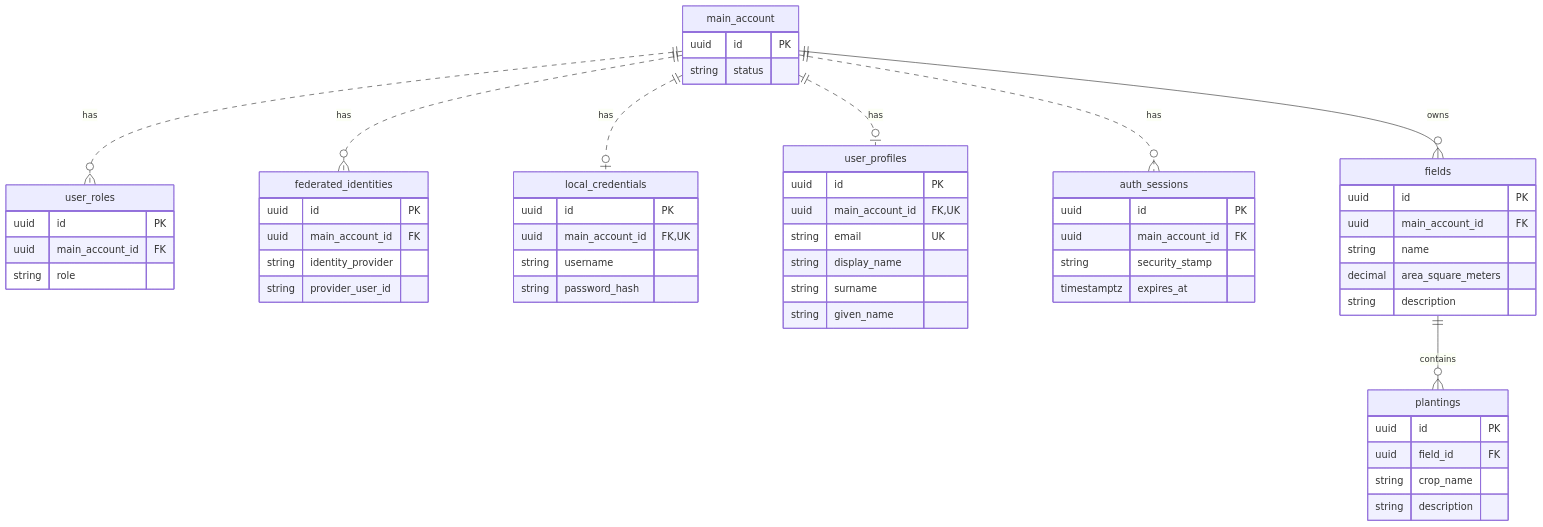
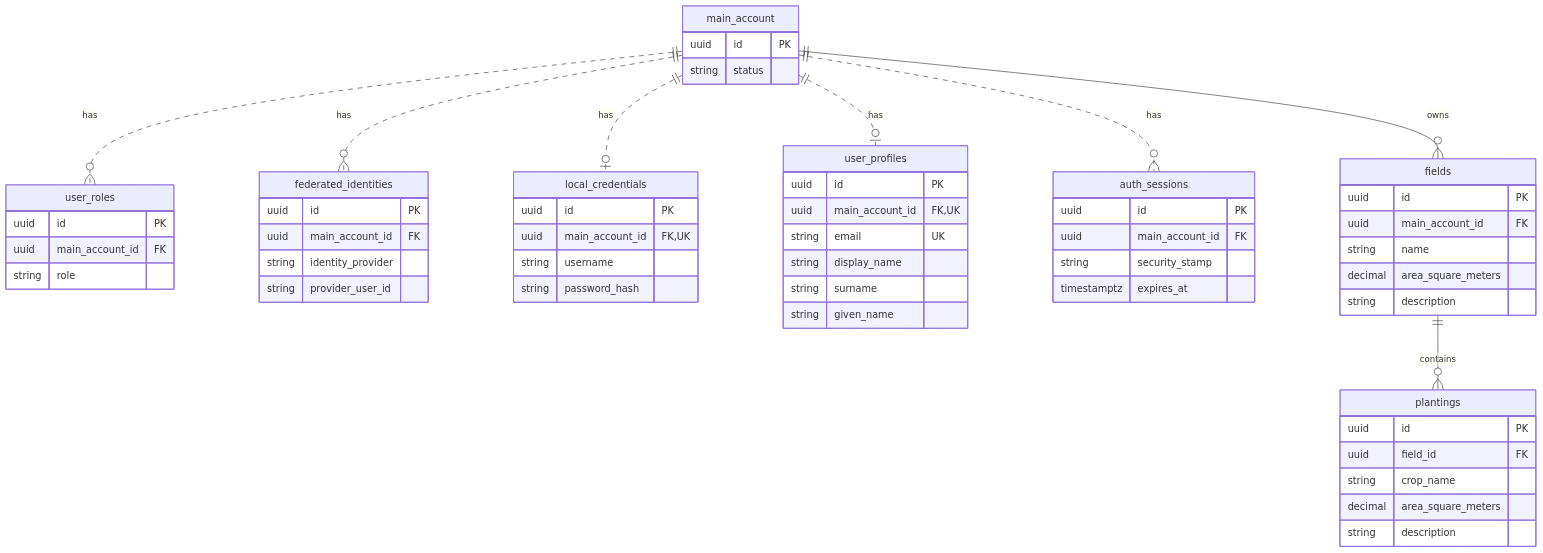
Before and after one commit to HanChiYang/crop-pilot: the diagram in docs/design/first-desktop-slice-database.md, drawn with Mermaid. The commit also changed other lines of this file and 40 other files, not shown here.

````diff
--- a/docs/design/first-desktop-slice-database.md
+++ b/docs/design/first-desktop-slice-database.md
@@ -134,58 +137,59 @@
 ```mermaid
 erDiagram
     main_account ||..o{ user_roles : has
     main_account ||..o{ federated_identities : has
     main_account ||..o| local_credentials : has
     main_account ||..o| user_profiles : has
     main_account ||..o{ auth_sessions : has
     main_account ||--o{ fields : owns
     fields ||--o{ plantings : contains
     main_account {
         uuid id PK
         string status
     }
     user_roles {
         uuid id PK
         uuid main_account_id FK
         string role
     }
     federated_identities {
         uuid id PK
         uuid main_account_id FK
         string identity_provider
         string provider_user_id
     }
     local_credentials {
         uuid id PK
         uuid main_account_id FK, UK
         string username
         string password_hash
     }
     user_profiles {
         uuid id PK
         uuid main_account_id FK, UK
         string email UK
         string display_name
         string surname
         string given_name
     }
     auth_sessions {
         uuid id PK
         uuid main_account_id FK
         string security_stamp
         timestamptz expires_at
     }
     fields {
         uuid id PK
         uuid main_account_id FK
         string name
         decimal area_square_meters
         string description
     }
     plantings {
         uuid id PK
         uuid field_id FK
         string crop_name
+        decimal area_square_meters
         string description
     }
 ```
````
